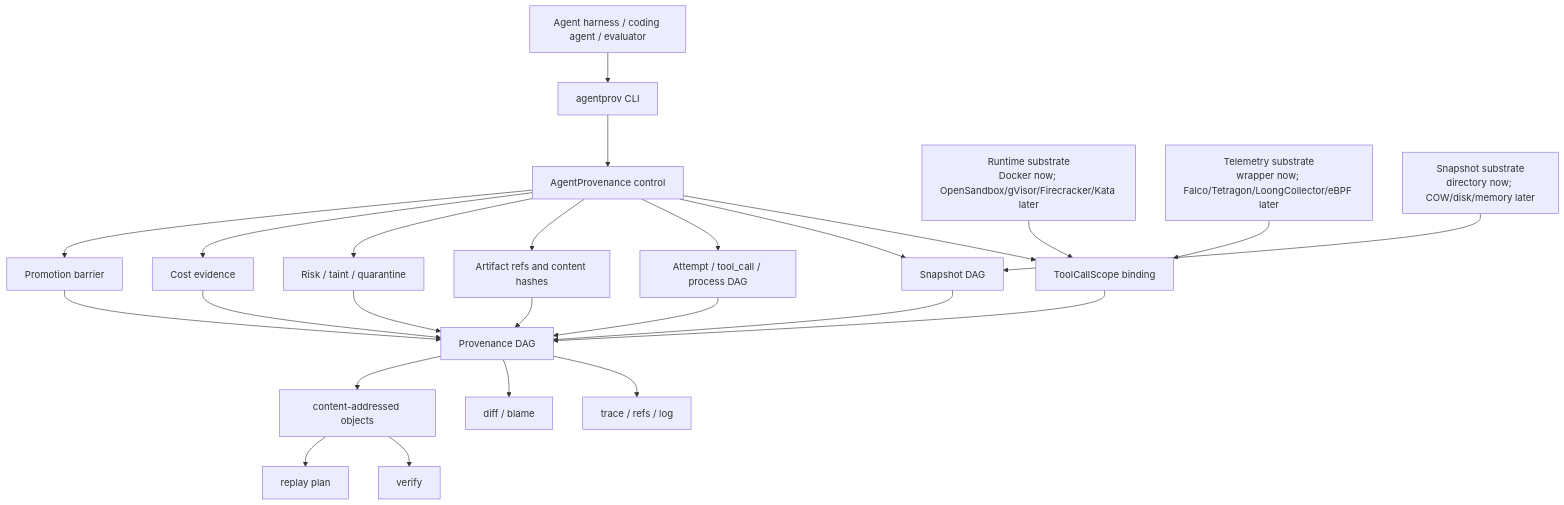
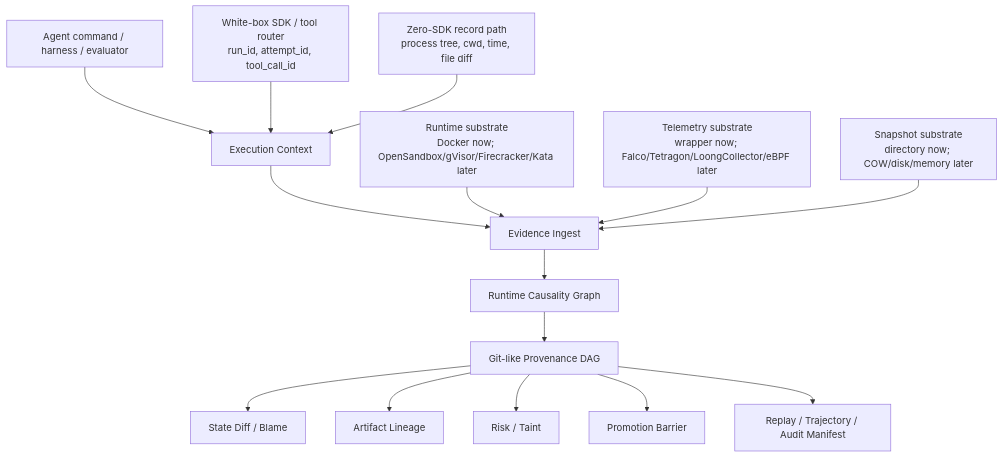
Before and after one commit to ByteYellow/AgentProvenance: the diagram in README.md, drawn with Mermaid. The commit also changed other lines of this file and 26 other files, not shown here.

Commit message:
Complete AgentProvenance phase 1 cleanup

````diff
--- a/README.md
+++ b/README.md
@@ -247,31 +251,21 @@
 ```mermaid
 flowchart TD
-    Harness["Agent harness / coding agent / evaluator"] --> CLI["agentprov CLI"]
-    CLI --> Control["AgentProvenance control"]
+    Agent["Agent command / harness / evaluator"] --> Context["Execution Context"]
+    Context --> Ingest["Evidence Ingest"]
 
-    Control --> Scope["ToolCallScope binding"]
-    Control --> State["Snapshot DAG"]
-    Control --> Exec["Attempt / tool_call / process DAG"]
-    Control --> Artifacts["Artifact refs and content hashes"]
-    Control --> Risk["Risk / taint / quarantine"]
-    Control --> Cost["Cost evidence"]
-    Control --> Barrier["Promotion barrier"]
+    SDK["White-box SDK / tool router\nrun_id, attempt_id, tool_call_id"] --> Context
+    Record["Zero-SDK record path\nprocess tree, cwd, time, file diff"] --> Context
 
-    Scope --> Graph["Provenance DAG"]
-    State --> Graph
-    Exec --> Graph
-    Artifacts --> Graph
-    Risk --> Graph
-    Cost --> Graph
-    Barrier --> Graph
+    Runtime["Runtime substrate\nDocker now; OpenSandbox/gVisor/Firecracker/Kata later"] --> Ingest
+    Telemetry["Telemetry substrate\nwrapper now; Falco/Tetragon/LoongCollector/eBPF later"] --> Ingest
+    Snapshot["Snapshot substrate\ndirectory now; COW/disk/memory later"] --> Ingest
 
-    Graph --> Query["trace / refs / log"]
-    Graph --> Diff["diff / blame"]
-    Graph --> Objects["content-addressed objects"]
-    Objects --> Verify["verify"]
-    Objects --> Replay["replay plan"]
+    Ingest --> Causality["Runtime Causality Graph"]
+    Causality --> Provenance["Git-like Provenance DAG"]
 
-    Runtime["Runtime substrate\nDocker now; OpenSandbox/gVisor/Firecracker/Kata later"] --> Scope
-    Telemetry["Telemetry substrate\nwrapper now; Falco/Tetragon/LoongCollector/eBPF later"] --> Scope
-    Snapshot["Snapshot substrate\ndirectory now; COW/disk/memory later"] --> State
+    Provenance --> Diff["State Diff / Blame"]
+    Provenance --> Artifacts["Artifact Lineage"]
+    Provenance --> Risk["Risk / Taint"]
+    Provenance --> Barrier["Promotion Barrier"]
+    Provenance --> Replay["Replay / Trajectory / Audit Manifest"]
 ```
````
